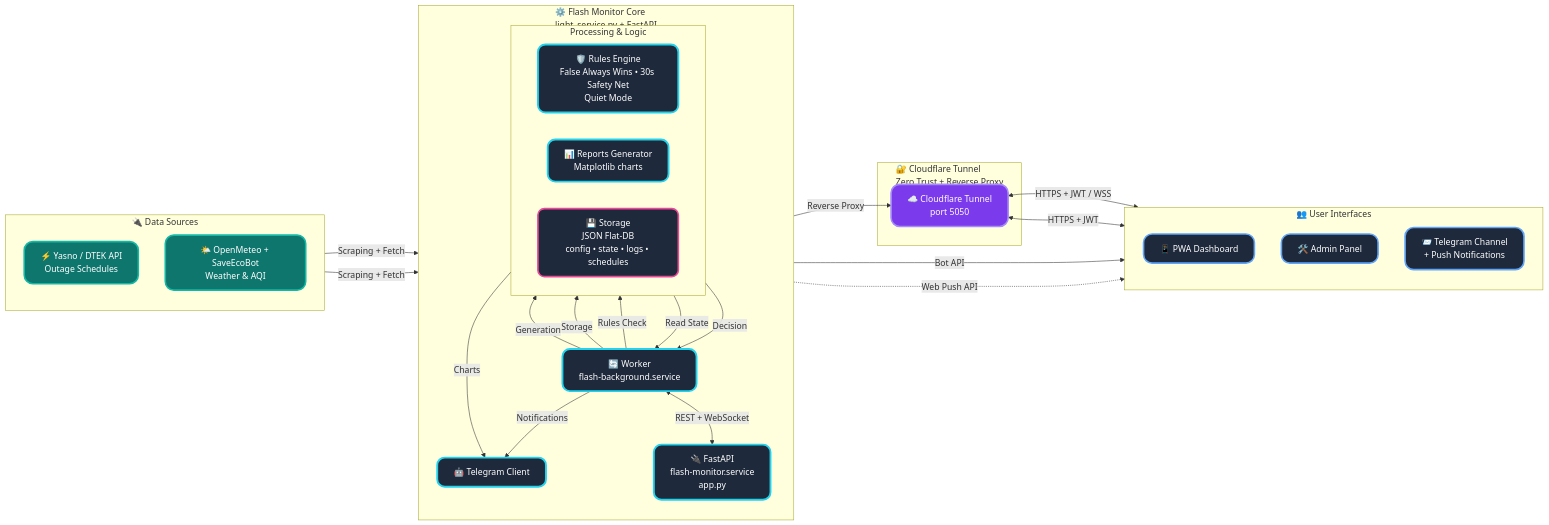
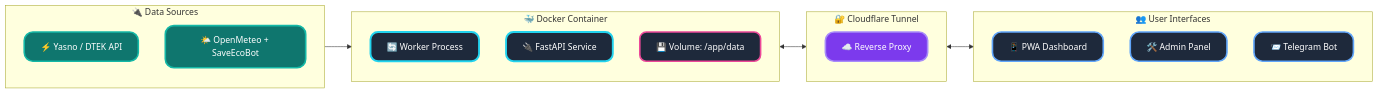
One commit to weby-homelab/flash-monitor-kyiv changed the diagram in README_ENG.md. Above: the diagram before and after it, drawn with Mermaid. The commit also changed other lines of this file and 1 other file, not shown here.

Commit message:
docs: update main branch READMEs for Docker Edition

````diff
--- a/README_ENG.md
+++ b/README_ENG.md
@@ -109,78 +79,36 @@
 ```mermaid
 flowchart LR
-    %% ================================================
-    %% NEW CONCEPT 2026 for README.md
-    %% "End-to-End Pipeline" — dynamic data flow
-    %% Horizontal pipeline with clear direction
-    %% Clean, modern, easy to read in GitHub (dark/light themes)
-    %% ================================================
-
     classDef external fill:#0f766e,stroke:#14b8a6,stroke-width:3px,color:#fff,rx:16px,ry:16px
     classDef core fill:#1e293b,stroke:#22d3ee,stroke-width:3.5px,color:#fff,rx:14px,ry:14px
     classDef gateway fill:#7c3aed,stroke:#a78bfa,stroke-width:3px,color:#fff,rx:16px,ry:16px
     classDef client fill:#1e293b,stroke:#60a5fa,stroke-width:3px,color:#fff,rx:16px,ry:16px
     classDef db fill:#1e293b,stroke:#ec4899,stroke-width:3px,color:#fff,rx:12px,ry:12px
 
-    %% ====================== LEFT SIDE: DATA SOURCES ======================
     subgraph External ["🔌 Data Sources"]
         direction TB
-        Energy["⚡ Yasno / DTEK API<br>Outage Schedules"]:::external
-        Meteo["🌤️ OpenMeteo + SaveEcoBot<br>Weather & AQI"]:::external
+        Energy["⚡ Yasno / DTEK API"]:::external
+        Meteo["🌤️ OpenMeteo + SaveEcoBot"]:::external
     end
 
-    %% ====================== CENTER: CORE PIPELINE ======================
-    subgraph Core ["⚙️ Flash Monitor Core<br>light_service.py + FastAPI"]
+    subgraph Docker ["🐳 Docker Container"]
         direction TB
-
-        Worker["🔄 Worker<br>flash-background.service"]:::core
-
-        subgraph Processing ["Processing & Logic"]
-            direction LR
-            Rules["🛡️ Rules Engine<br>False Always Wins • 30s Safety Net<br>Quiet Mode"]:::core
-            Reports["📊 Reports Generator<br>Matplotlib charts"]:::core
-            Storage["💾 Storage<br>JSON Flat-DB<br>config • state • logs • schedules"]:::db
-        end
-
-        API["🔌 FastAPI<br>flash-monitor.service<br>app.py"]:::core
-        TgClient["🤖 Telegram Client"]:::core
+        Worker["🔄 Worker Process"]:::core
+        API["🔌 FastAPI Service"]:::core
+        Storage["💾 Volume: /app/data"]:::db
     end
 
-    %% ====================== GATEWAY ======================
-    subgraph Gateway ["🔐 Cloudflare Tunnel<br>Zero Trust + Reverse Proxy"]
-        CF["☁️ Cloudflare Tunnel<br>port 5050"]:::gateway
+    subgraph Gateway ["🔐 Cloudflare Tunnel"]
+        CF["☁️ Reverse Proxy"]:::gateway
     end
 
-    %% ====================== RIGHT SIDE: CLIENTS ======================
     subgraph Clients ["👥 User Interfaces"]
         direction TB
         PWA["📱 PWA Dashboard"]:::client
         Admin["🛠️ Admin Panel"]:::client
-        Telegram["📨 Telegram Channel<br>+ Push Notifications"]:::client
+        Telegram["📨 Telegram Bot"]:::client
     end
 
-    %% ====================== DATA FLOW (Main Trunk) ======================
-    Energy & Meteo -->|Scraping + Fetch| Worker
-
-    Worker -->|Rules Check| Rules
-    Rules -->|Decision| Worker
-
-    Worker -->|Storage| Storage
-    Storage -->|Read State| Worker
-
-    Worker -->|Generation| Reports
-    Worker -->|Notifications| TgClient
-    Reports -->|Charts| TgClient
-
-    Worker <-->|REST + WebSocket| API
-
-    API -->|Reverse Proxy| CF
-    CF <-->|HTTPS + JWT / WSS| PWA
-    CF <-->|HTTPS + JWT| Admin
-    TgClient -->|Bot API| Telegram
-
-    %% Additional push notifications
-    API -.->|Web Push API| PWA
-
-    %% ====================== Subgraph Title Style ======================
-    classDef subgraphTitle fill:#0f172a,stroke:none,color:#64748b,font-size:15px
+    External --> Docker
+    Docker <--> Gateway
+    Gateway <--> Clients
 ```
````
